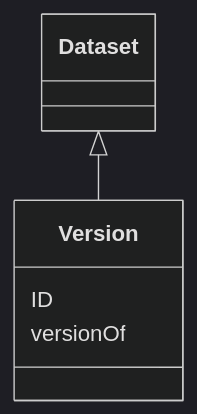
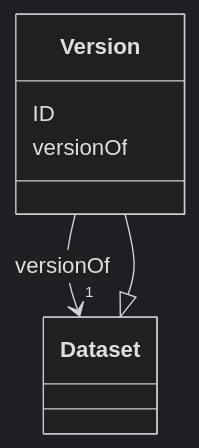
Before and after one commit to EVORA-project/evora-ontology: the diagram in models/docs/Version.md, drawn with Mermaid (dark theme). The commit also changed other lines of this file and 462 other files, not shown here.

````diff
--- a/models/docs/Version.md
+++ b/models/docs/Version.md
@@ -19,13 +19,20 @@
 ```mermaid
  classDiagram
     class Version
     click Version href "../Version"
       Dataset <|-- Version
         click Dataset href "../Dataset"
       
       Version : ID
         
       Version : versionOf
         
+          
+    
+    
+    Version --> "1" Dataset : versionOf
+    click Dataset href "../Dataset"
+
+        
       
 ```
````
